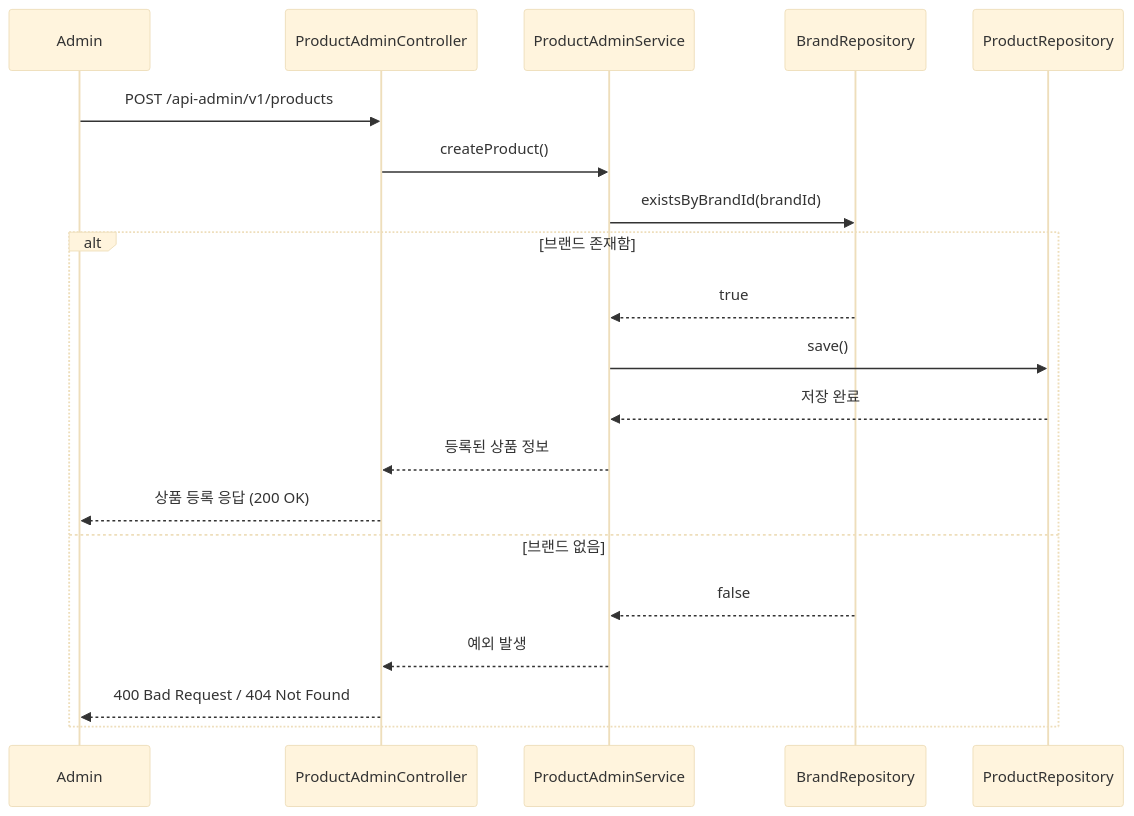
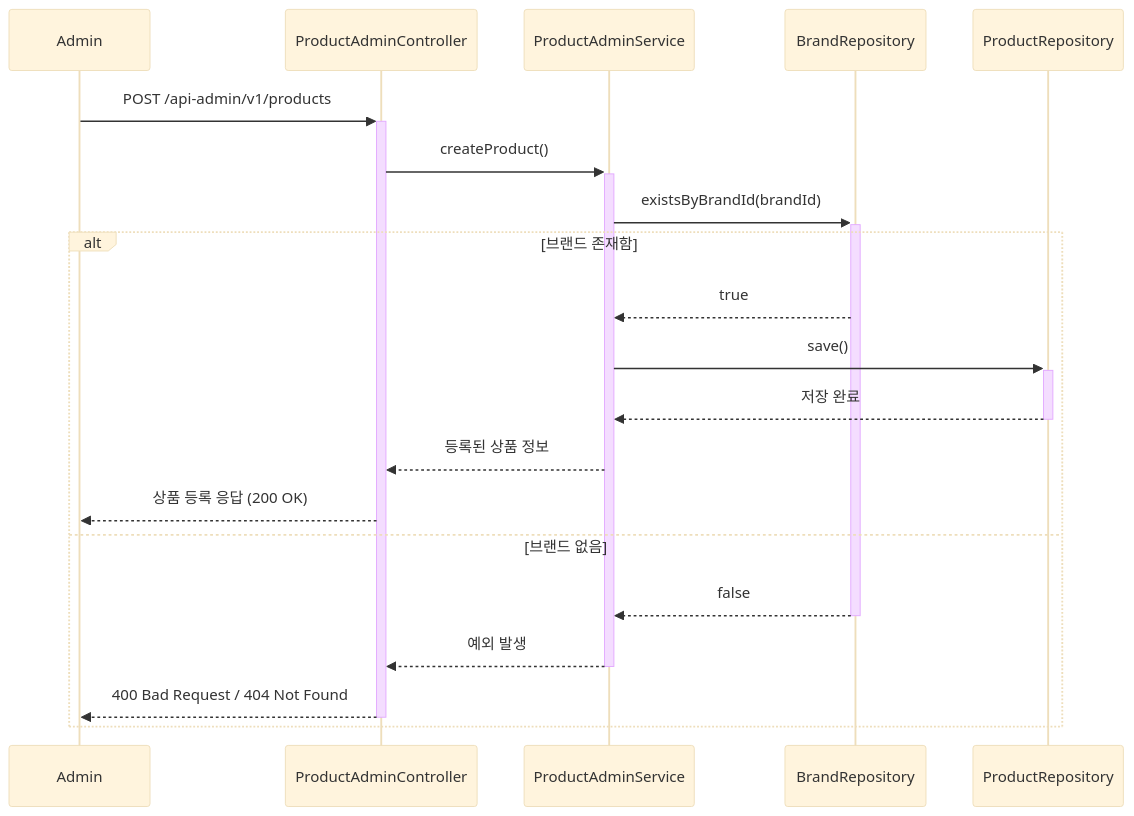
Diagram 11 of 21 in .docs/design/02-sequence-diagrams.md (Loopers-dev-lab/loop-pack-be-l2-vol3-kotlin), drawn with Mermaid (base theme) before and after one commit. The commit also changed other lines of this file, not shown here.

Commit message:
docs: 시퀀스 다이어그램 activation bar 추가

````diff
--- a/.docs/design/02-sequence-diagrams.md
+++ b/.docs/design/02-sequence-diagrams.md
@@ -317,24 +317,24 @@
 ```mermaid
 sequenceDiagram
     participant Admin
     participant ProductAdminController
     participant ProductAdminService
     participant BrandRepository
     participant ProductRepository
 
-    Admin ->> ProductAdminController: POST /api-admin/v1/products
-    ProductAdminController ->> ProductAdminService: createProduct()
-    ProductAdminService ->> BrandRepository: existsByBrandId(brandId)
-    
+    Admin ->>+ ProductAdminController: POST /api-admin/v1/products
+    ProductAdminController ->>+ ProductAdminService: createProduct()
+    ProductAdminService ->>+ BrandRepository: existsByBrandId(brandId)
+
     alt 브랜드 존재함
         BrandRepository -->> ProductAdminService: true
-        ProductAdminService ->> ProductRepository: save()
-        ProductRepository -->> ProductAdminService: 저장 완료
+        ProductAdminService ->>+ ProductRepository: save()
+        ProductRepository -->>- ProductAdminService: 저장 완료
         ProductAdminService -->> ProductAdminController: 등록된 상품 정보
         ProductAdminController -->> Admin: 상품 등록 응답 (200 OK)
     else 브랜드 없음
-        BrandRepository -->> ProductAdminService: false
-        ProductAdminService -->> ProductAdminController: 예외 발생
-        ProductAdminController -->> Admin: 400 Bad Request / 404 Not Found
+        BrandRepository -->>- ProductAdminService: false
+        ProductAdminService -->>- ProductAdminController: 예외 발생
+        ProductAdminController -->>- Admin: 400 Bad Request / 404 Not Found
     end
 ```
````
